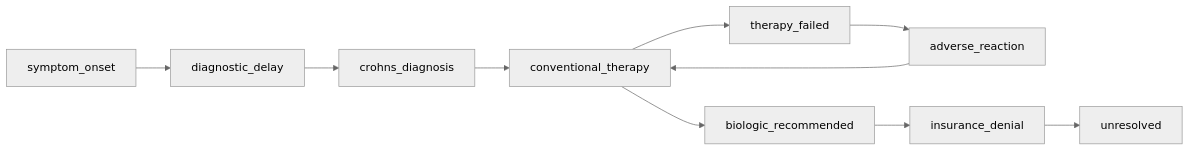
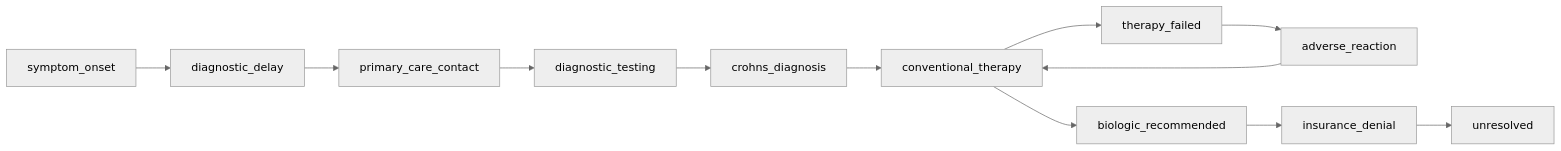
Diagram 32 of 50 in docs/referral_pathways.md (carecodeconnect/crohnicity), drawn with Mermaid before and after one commit. The commit also changed other lines of this file and 107 other files, not shown here.

````diff
--- a/docs/referral_pathways.md
+++ b/docs/referral_pathways.md
@@ -1176,22 +1201,26 @@
 ``` mermaid
 %%{init: {'theme':'neutral'}}%%
 flowchart LR
     n0["symptom_onset"]
     n1["diagnostic_delay"]
-    n2["crohns_diagnosis"]
-    n3["conventional_therapy"]
-    n4["therapy_failed"]
-    n5["adverse_reaction"]
-    n6["biologic_recommended"]
-    n7["insurance_denial"]
-    n8["unresolved"]
+    n2["primary_care_contact"]
+    n3["diagnostic_testing"]
+    n4["crohns_diagnosis"]
+    n5["conventional_therapy"]
+    n6["therapy_failed"]
+    n7["adverse_reaction"]
+    n8["biologic_recommended"]
+    n9["insurance_denial"]
+    n10["unresolved"]
     n0 -->n1
     n1 -->n2
     n2 -->n3
     n3 -->n4
     n4 -->n5
-    n5 -->n3
-    n3 -->n6
+    n5 -->n6
     n6 -->n7
-    n7 -->n8
+    n7 -->n5
+    n5 -->n8
+    n8 -->n9
+    n9 -->n10
 ```
````
